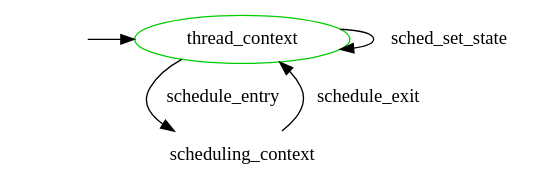
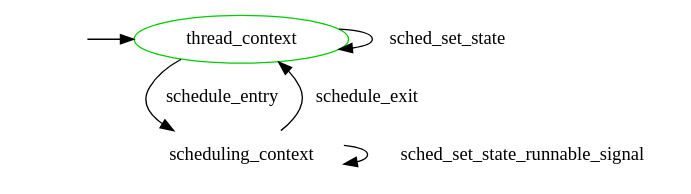
One commit to intel-lab-lkp/linux changed the diagram in tools/verification/models/sched/sco.dot. Above: the diagram before and after it, drawn with Graphviz. The commit also changed 3 other files, not shown here.

```diff
--- a/tools/verification/models/sched/sco.dot
+++ b/tools/verification/models/sched/sco.dot
@@ -1,18 +1,19 @@
 digraph state_automaton {
 	center = true;
 	size = "7,11";
 	{node [shape = plaintext] "scheduling_context"};
 	{node [shape = plaintext, style=invis, label=""] "__init_thread_context"};
 	{node [shape = ellipse] "thread_context"};
 	{node [shape = plaintext] "thread_context"};
 	"__init_thread_context" -> "thread_context";
 	"scheduling_context" [label = "scheduling_context"];
+	"scheduling_context" -> "scheduling_context" [ label = "sched_set_state_runnable_signal" ];
 	"scheduling_context" -> "thread_context" [ label = "schedule_exit" ];
 	"thread_context" [label = "thread_context", color = green3];
 	"thread_context" -> "scheduling_context" [ label = "schedule_entry" ];
 	"thread_context" -> "thread_context" [ label = "sched_set_state" ];
 	{ rank = min ;
 		"__init_thread_context";
 		"thread_context";
 	}
 }
```
